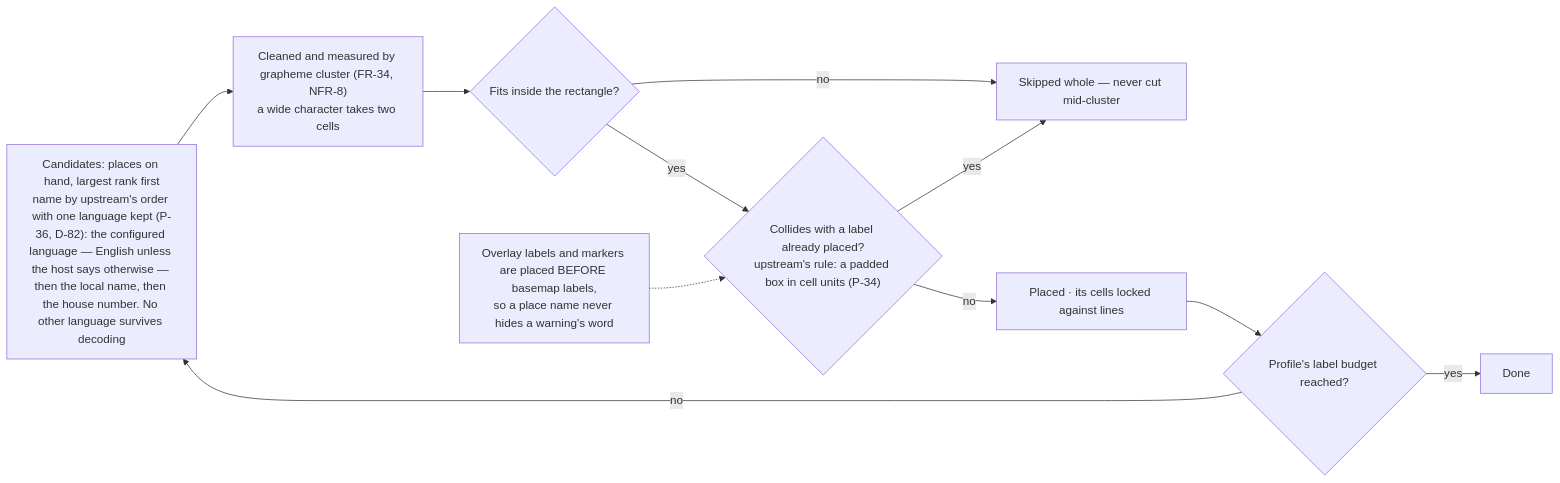
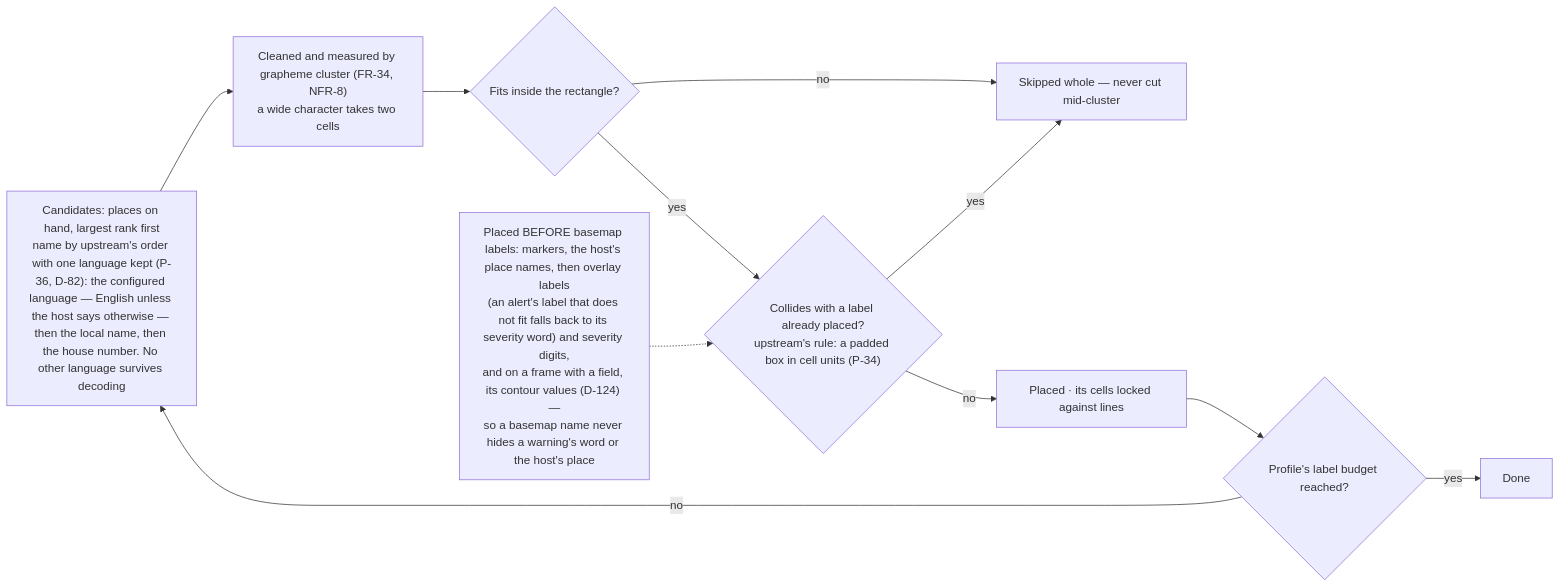
Before and after one commit to branden-thompson/go-tuimaps: the third of 3 diagrams in 06_docs/02_features/go-tuimaps/03-architecture-design/L2-style.md, drawn with Mermaid. The commit also changed other lines of this file and 544 other files, not shown here.

````diff
--- a/06_docs/02_features/go-tuimaps/03-architecture-design/L2-style.md
+++ b/06_docs/02_features/go-tuimaps/03-architecture-design/L2-style.md
@@ -45,13 +47,13 @@
 ```mermaid
 flowchart LR
     C["Candidates: places on hand, largest rank first<br/>name by upstream's order with one language kept (P-36, D-82): the configured language — English unless the host says otherwise — then the local name, then the house number. No other language survives decoding"] --> CL["Cleaned and measured by grapheme cluster (FR-34, NFR-8)<br/>a wide character takes two cells"]
     CL --> FIT{"Fits inside the rectangle?"}
     FIT -- no --> SKIP["Skipped whole — never cut mid-cluster"]
     FIT -- yes --> COL{"Collides with a label already placed?<br/>upstream's rule: a padded box in cell units (P-34)"}
     COL -- yes --> SKIP
     COL -- no --> PUT["Placed · its cells locked against lines"]
     PUT --> CAP{"Profile's label budget reached?"}
     CAP -- no --> C
     CAP -- yes --> DONE["Done"]
-    OVL["Overlay labels and markers are placed BEFORE basemap labels,<br/>so a place name never hides a warning's word"] -.-> COL
+    OVL["Placed BEFORE basemap labels: markers, the host's place names, then overlay labels<br/>(an alert's label that does not fit falls back to its severity word) and severity digits,<br/>and on a frame with a field, its contour values (D-124) —<br/>so a basemap name never hides a warning's word or the host's place"] -.-> COL
 ```
````
